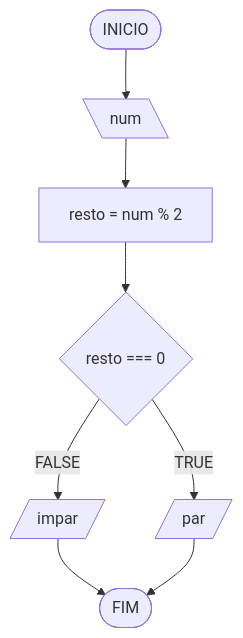
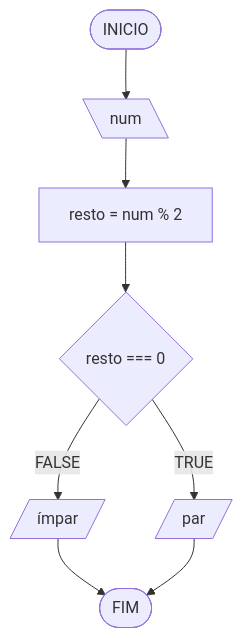
The seventh of 8 diagrams in JavaScript/Aula 1: Variáveis/aula1.md (Carlos-Eduardo-Freitas/JavaScript-C-JAVA-Python), drawn with Mermaid before and after one commit. The commit also changed other lines of this file, not shown here.

````diff
--- a/JavaScript/Aula 1: Variáveis/aula1.md
+++ b/JavaScript/Aula 1: Variáveis/aula1.md
@@ -251,10 +320,10 @@
 ```mermaid
 flowchart TD
 A([INICIO]) --> B[\num\]
 B --> C[resto = num % 2]
 C --> D{resto === 0}
-D --FALSE--> E[/"impar"/]
+D --FALSE--> E[/"ímpar"/]
 D --TRUE--> F[/"par"/]
 E --> G([FIM])
 F --> G
 ```
````
